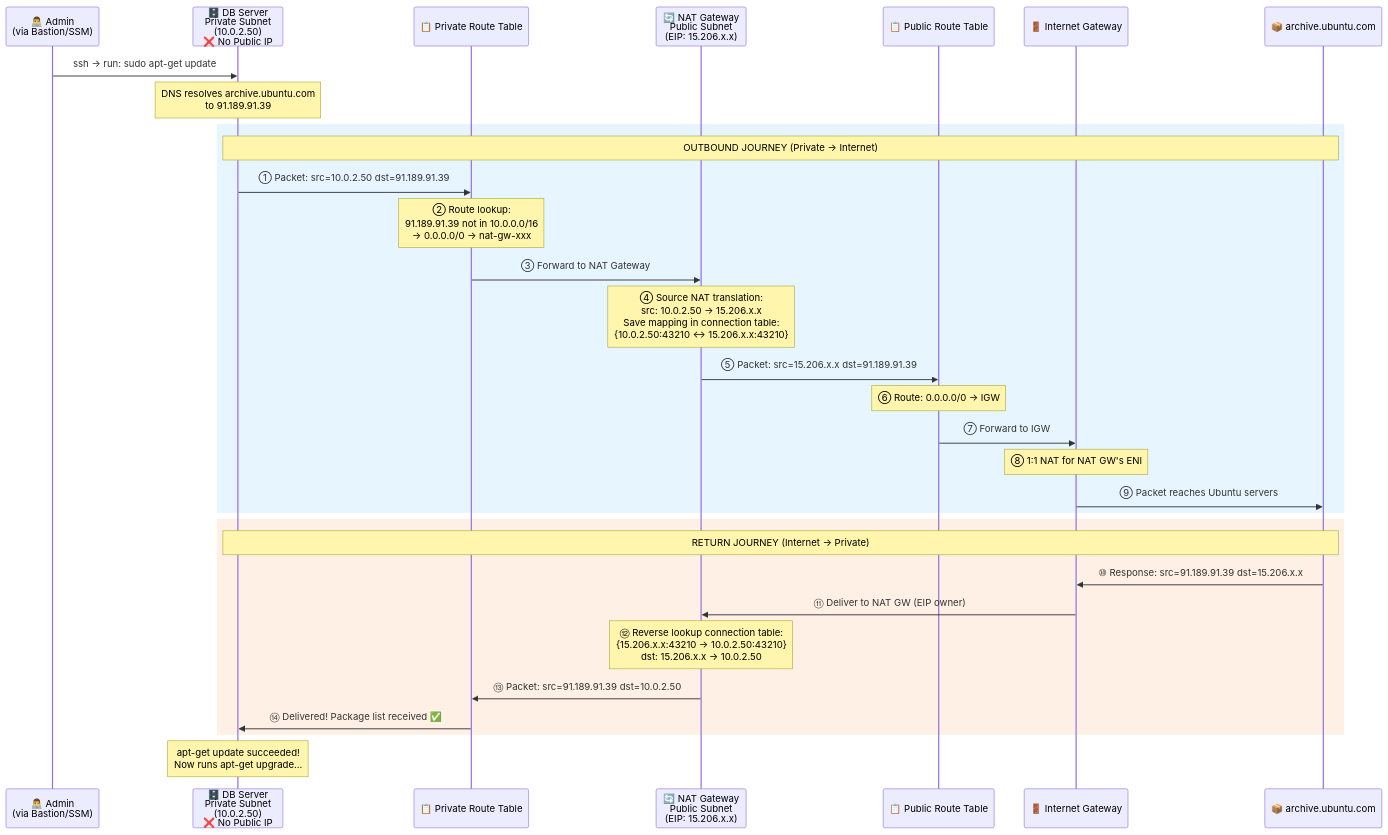
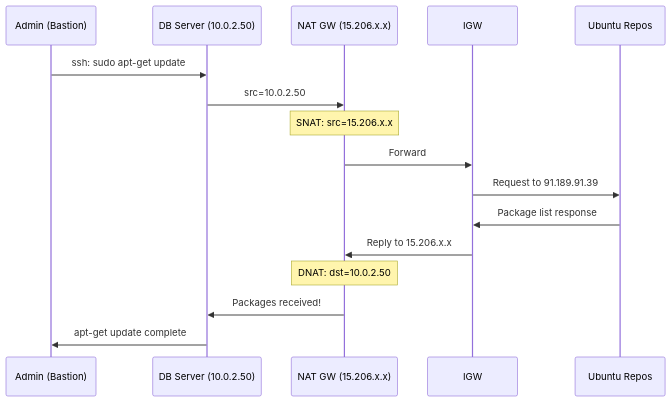
One commit to selvakumarperumal/AWS_Provisioning_with_Terraform changed the tenth of 17 diagrams in 05-nat-gateway/README.md. Above: the diagram before and after it, drawn with Mermaid. The commit also changed other lines of this file, not shown here.

Commit message:
docs: nat updated again

````diff
--- a/05-nat-gateway/README.md
+++ b/05-nat-gateway/README.md
@@ -345,38 +343,19 @@
 ```mermaid
 sequenceDiagram
-    participant Admin as 👨‍💻 Admin<br/>(via Bastion/SSM)
-    participant DB as 🗄️ DB Server<br/>Private Subnet<br/>(10.0.2.50)<br/>❌ No Public IP
-    participant PrivRT as 📋 Private Route Table
-    participant NAT as 🔄 NAT Gateway<br/>Public Subnet<br/>(EIP: 15.206.x.x)
-    participant PubRT as 📋 Public Route Table
-    participant IGW as 🚪 Internet Gateway
-    participant Apt as 📦 archive.ubuntu.com
+    participant Admin as Admin (Bastion)
+    participant DB as DB Server (10.0.2.50)
+    participant NAT as NAT GW (15.206.x.x)
+    participant IGW as IGW
+    participant Apt as Ubuntu Repos
 
-    Admin->>DB: ssh → run: sudo apt-get update
-
-    Note over DB: DNS resolves archive.ubuntu.com<br/>to 91.189.91.39
-
-    rect rgb(230, 245, 255)
-    Note over DB,Apt: OUTBOUND JOURNEY (Private → Internet)
-    DB->>PrivRT: ① Packet: src=10.0.2.50 dst=91.189.91.39
-    Note over PrivRT: ② Route lookup:<br/>91.189.91.39 not in 10.0.0.0/16<br/>→ 0.0.0.0/0 → nat-gw-xxx
-    PrivRT->>NAT: ③ Forward to NAT Gateway
-    Note over NAT: ④ Source NAT translation:<br/>src: 10.0.2.50 → 15.206.x.x<br/>Save mapping in connection table:<br/>{10.0.2.50:43210 ↔ 15.206.x.x:43210}
-    NAT->>PubRT: ⑤ Packet: src=15.206.x.x dst=91.189.91.39
-    Note over PubRT: ⑥ Route: 0.0.0.0/0 → IGW
-    PubRT->>IGW: ⑦ Forward to IGW
-    Note over IGW: ⑧ 1:1 NAT for NAT GW's ENI
-    IGW->>Apt: ⑨ Packet reaches Ubuntu servers
-    end
-
-    rect rgb(255, 240, 230)
-    Note over DB,Apt: RETURN JOURNEY (Internet → Private)
-    Apt->>IGW: ⑩ Response: src=91.189.91.39 dst=15.206.x.x
-    IGW->>NAT: ⑪ Deliver to NAT GW (EIP owner)
-    Note over NAT: ⑫ Reverse lookup connection table:<br/>{15.206.x.x:43210 → 10.0.2.50:43210}<br/>dst: 15.206.x.x → 10.0.2.50
-    NAT->>PrivRT: ⑬ Packet: src=91.189.91.39 dst=10.0.2.50
-    PrivRT->>DB: ⑭ Delivered! Package list received ✅
-    end
-
-    Note over DB: apt-get update succeeded!<br/>Now runs apt-get upgrade...
+    Admin->>DB: ssh: sudo apt-get update
+    DB->>NAT: src=10.0.2.50
+    Note over NAT: SNAT: src=15.206.x.x
+    NAT->>IGW: Forward
+    IGW->>Apt: Request to 91.189.91.39
+    Apt->>IGW: Package list response
+    IGW->>NAT: Reply to 15.206.x.x
+    Note over NAT: DNAT: dst=10.0.2.50
+    NAT->>DB: Packages received!
+    DB->>Admin: apt-get update complete
 ```
````
